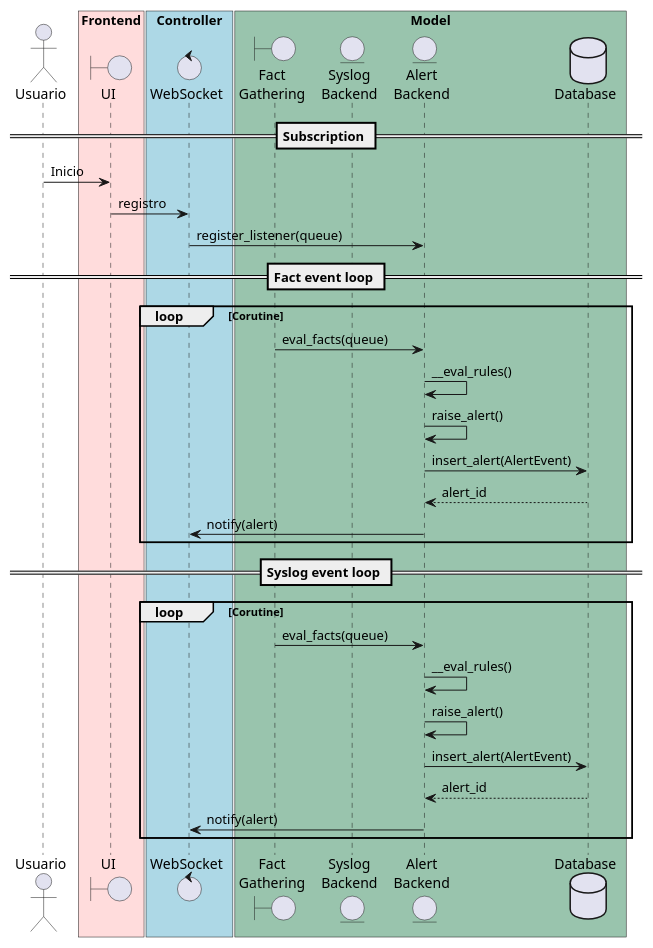
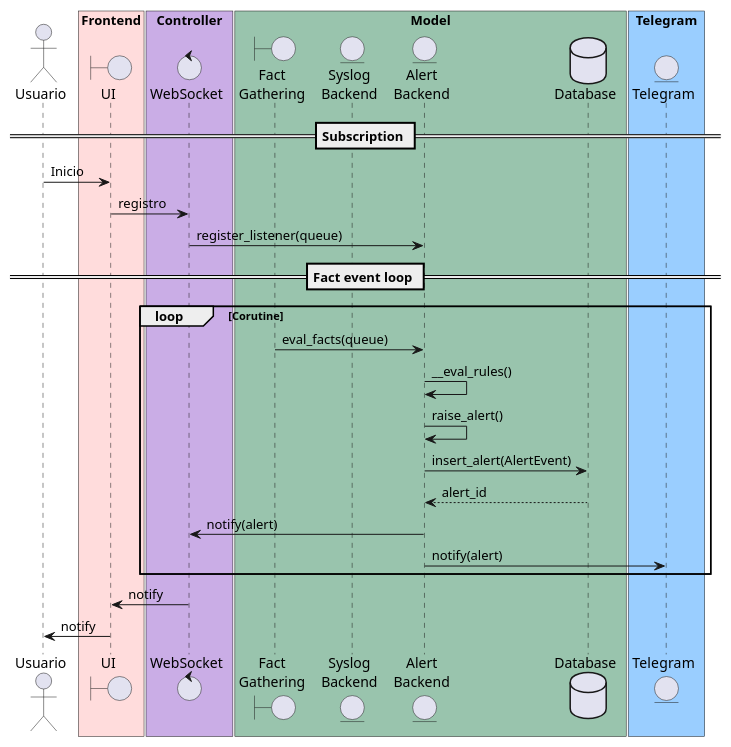
Before and after one commit to hector-ramirez-cano/Analytics: the diagram in docs/uml/real_time_alerts.puml, drawn with PlantUML. The commit also changed 17 other files, not shown here.

Commit message:
[DOCS] Updated docs and housekeeping. Added back schema that was accidentally deleted

```diff
--- a/docs/uml/real_time_alerts.puml
+++ b/docs/uml/real_time_alerts.puml
@@ -1,45 +1,44 @@
 @startuml realTimeAlerts
 
 actor "Usuario" as User
 box "Frontend" #ffdcdcff
 boundary "UI" as UI
 end box
 
 ' Define controller and model lifelines
 ' Backend
-box "Controller" #ADD8E6
+box "Controller" #caade6ff
 control "WebSocket" as WebSocket
 end box
 
 box "Model" #99c4ad
 boundary "Fact\nGathering" as FactGatheringBackend
 entity "Syslog\nBackend" as SyslogBackend
 entity "Alert\nBackend" as AlertBackend
 Database "Database" as Database
+end box
+
+
+box "Telegram"  #9aceffff
+entity Telegram as Telegram
 end box
 
 == Subscription ==
 User -> UI : Inicio
 UI -> WebSocket : registro
 WebSocket -> AlertBackend : register_listener(queue)
 
 == Fact event loop ==
 loop Corutine
     FactGatheringBackend -> AlertBackend : eval_facts(queue)
     AlertBackend -> AlertBackend : __eval_rules()
     AlertBackend -> AlertBackend : raise_alert()
     AlertBackend -> Database : insert_alert(AlertEvent)
     Database --> AlertBackend : alert_id
     AlertBackend -> WebSocket : notify(alert)
+    AlertBackend -> Telegram : notify(alert)
 end
+WebSocket -> UI : notify
+UI -> User : notify
 
-== Syslog event loop ==
-loop Corutine
-    FactGatheringBackend -> AlertBackend : eval_facts(queue)
-    AlertBackend -> AlertBackend : __eval_rules()
-    AlertBackend -> AlertBackend : raise_alert()
-    AlertBackend -> Database : insert_alert(AlertEvent)
-    Database --> AlertBackend : alert_id
-    AlertBackend -> WebSocket : notify(alert)
-end
 @enduml
```
